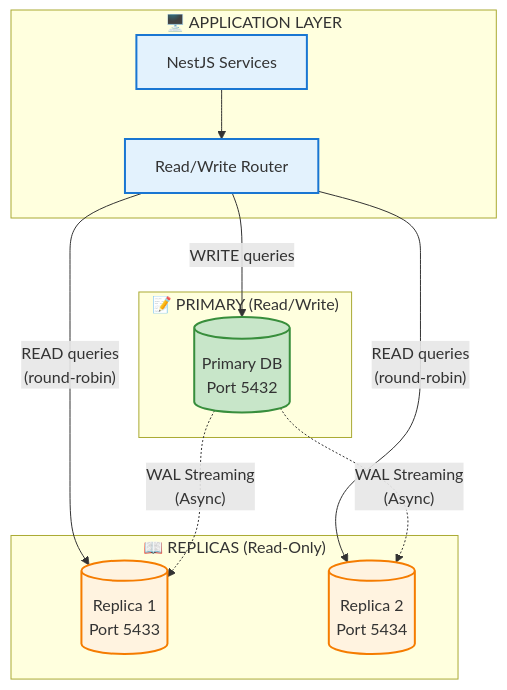
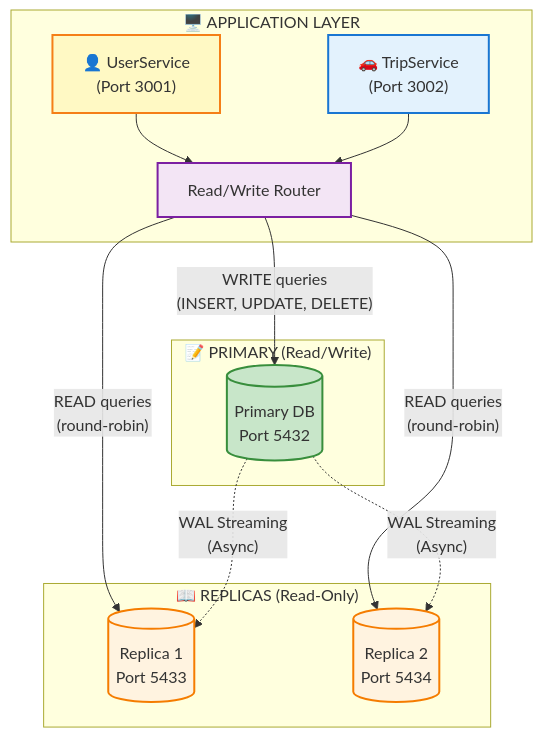
One commit to dieuxuanhien/uit-go-se360 changed the diagram in Deliverables/ADR/ADR-002-read-replicas.md. Above: the diagram before and after it, drawn with Mermaid.

Commit message:
update chart ADR 2

````diff
--- a/Deliverables/ADR/ADR-002-read-replicas.md
+++ b/Deliverables/ADR/ADR-002-read-replicas.md
@@ -157,32 +157,38 @@
 ```mermaid
 flowchart TD
     subgraph App["🖥️ APPLICATION LAYER"]
-        NestJS["NestJS Services"]
+        US["👤 UserService<br>(Port 3001)"]
+        TS["🚗 TripService<br>(Port 3002)"]
         Router["Read/Write Router"]
     end
     
     subgraph Primary["📝 PRIMARY (Read/Write)"]
         PDB[(Primary DB<br>Port 5432)]
     end
     
     subgraph Replicas["📖 REPLICAS (Read-Only)"]
         Rep1[(Replica 1<br>Port 5433)]
         Rep2[(Replica 2<br>Port 5434)]
     end
     
-    NestJS --> Router
-    Router -->|"WRITE queries"| PDB
+    US --> Router
+    TS --> Router
+    Router -->|"WRITE queries<br>(INSERT, UPDATE, DELETE)"| PDB
     Router -->|"READ queries<br>(round-robin)"| Rep1
     Router -->|"READ queries<br>(round-robin)"| Rep2
     
     PDB -.->|"WAL Streaming<br>(Async)"| Rep1
     PDB -.->|"WAL Streaming<br>(Async)"| Rep2
     
-    classDef appBox fill:#e3f2fd,stroke:#1976d2,stroke-width:2px
+    classDef userBox fill:#fff9c4,stroke:#f57f17,stroke-width:2px
+    classDef tripBox fill:#e3f2fd,stroke:#1976d2,stroke-width:2px
+    classDef routerBox fill:#f3e5f5,stroke:#7b1fa2,stroke-width:2px
     classDef primaryBox fill:#c8e6c9,stroke:#388e3c,stroke-width:2px
     classDef replicaBox fill:#fff3e0,stroke:#f57c00,stroke-width:2px
     
-    class NestJS,Router appBox
+    class US userBox
+    class TS tripBox
+    class Router routerBox
     class PDB primaryBox
     class Rep1,Rep2 replicaBox
 ```
````
